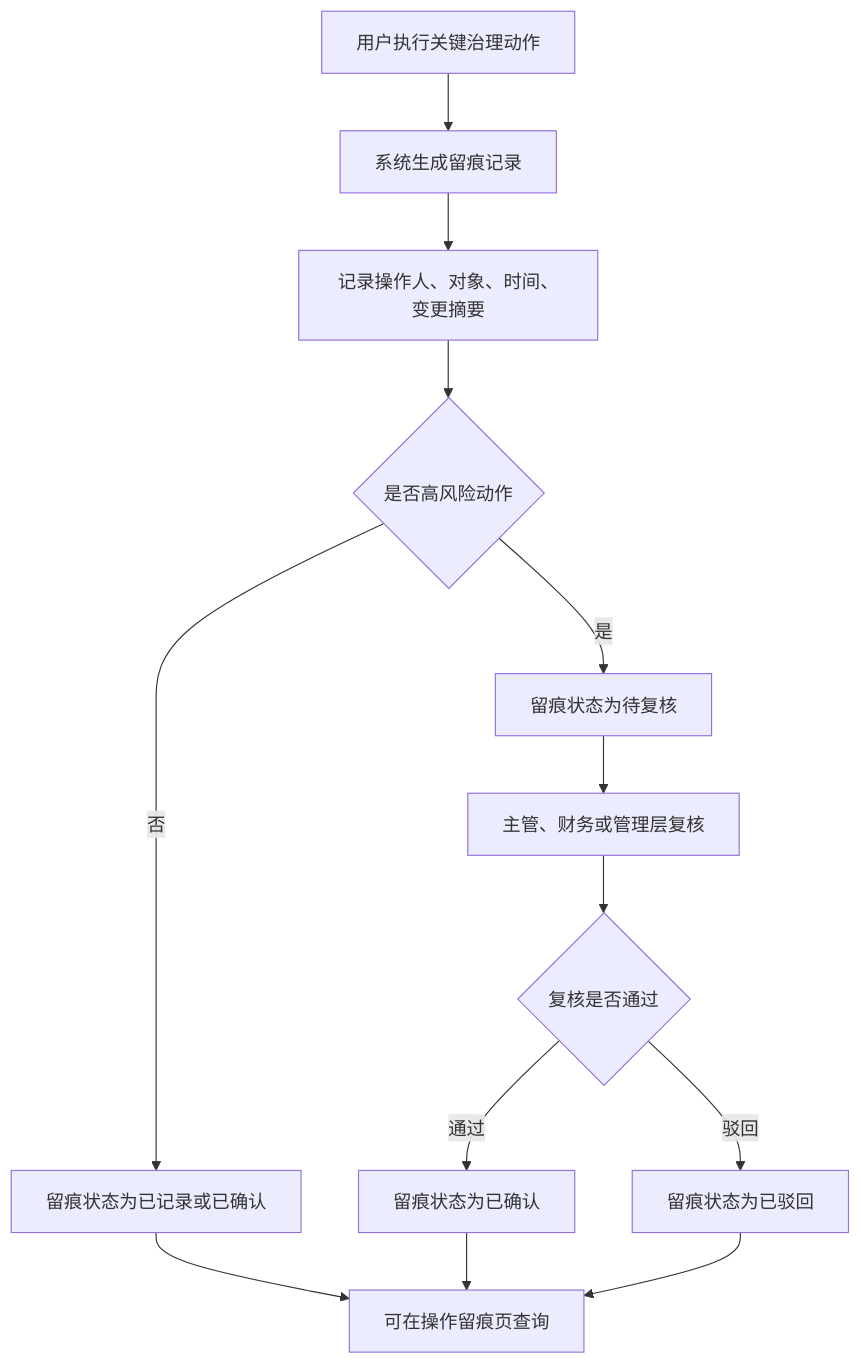
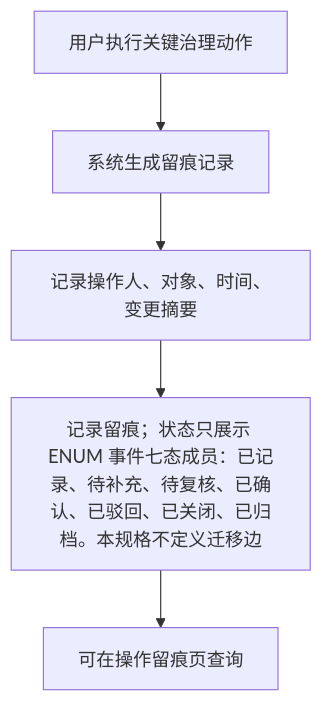
One commit to jxh1979/mall changed diagram 12 of 14 in docs/platform-governance-product-spec-v0.2.md. Above: the diagram before and after it, drawn with Mermaid. The commit also changed other lines of this file and 8 other files, not shown here.

````diff
--- a/docs/platform-governance-product-spec-v0.2.md
+++ b/docs/platform-governance-product-spec-v0.2.md
@@ -2056,15 +2039,7 @@
 ```mermaid
 flowchart TD
     A["用户执行关键治理动作"] --> B["系统生成留痕记录"]
     B --> C["记录操作人、对象、时间、变更摘要"]
-    C --> D{"是否高风险动作"}
-    D -- "否" --> E["留痕状态为已记录或已确认"]
-    D -- "是" --> F["留痕状态为待复核"]
-    F --> G["主管、财务或管理层复核"]
-    G --> H{"复核是否通过"}
-    H -- "通过" --> I["留痕状态为已确认"]
-    H -- "驳回" --> J["留痕状态为已驳回"]
-    E --> K["可在操作留痕页查询"]
-    I --> K
-    J --> K
+    C --> D["记录留痕；状态只展示 ENUM 事件七态成员：已记录、待补充、待复核、已确认、已驳回、已关闭、已归档。本规格不定义迁移边"]
+    D --> K["可在操作留痕页查询"]
 ```
````
